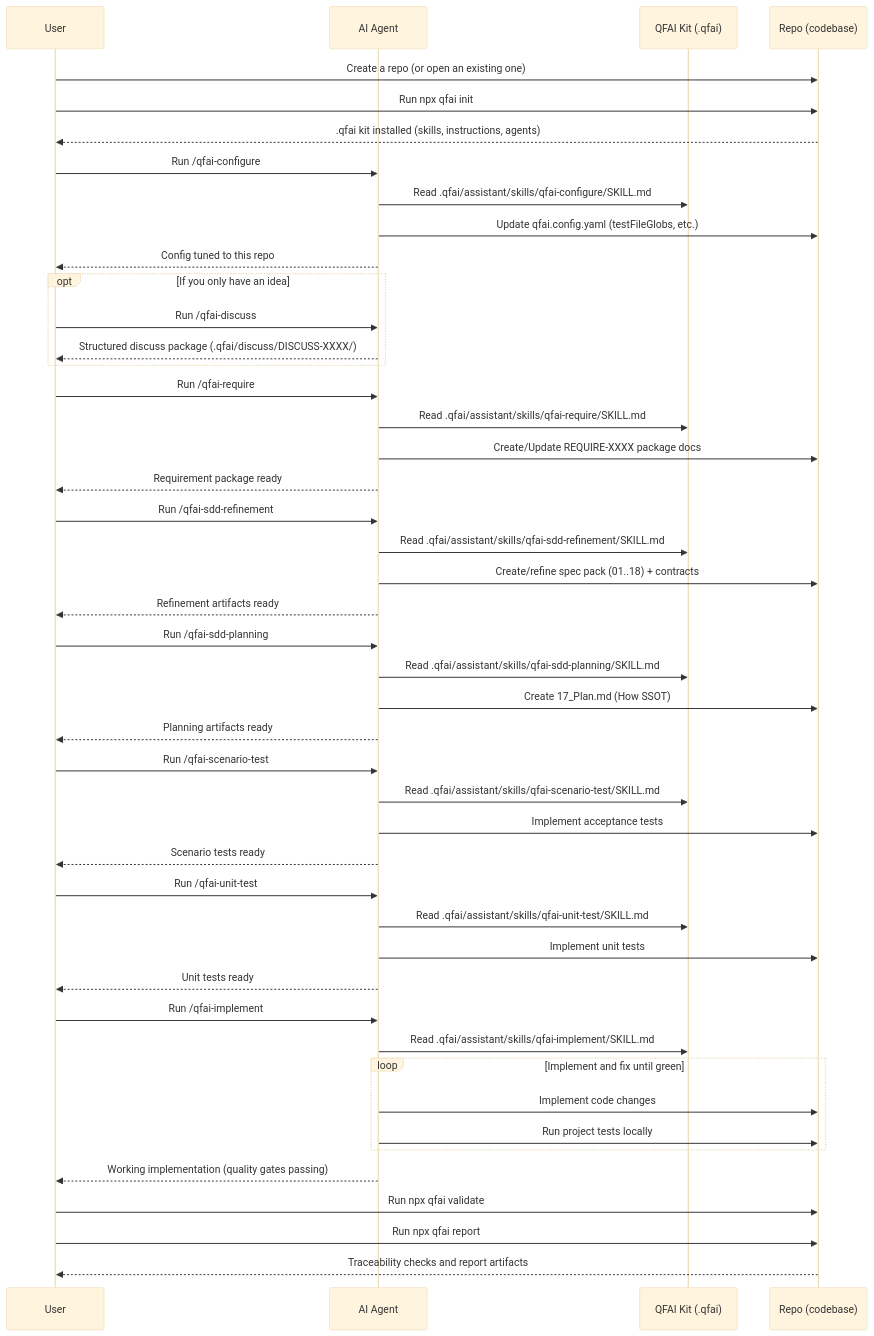
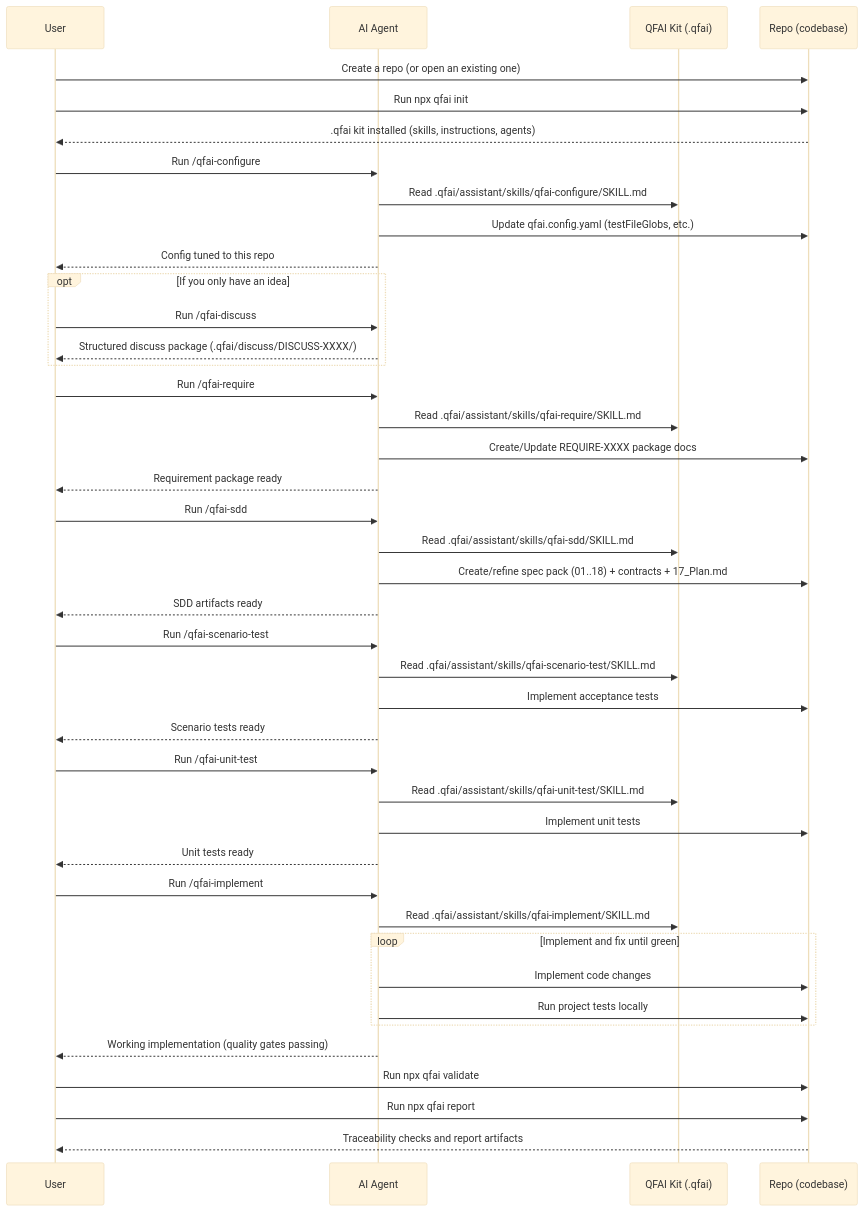
The diagram in README.md (aganesy/QFAI), drawn with Mermaid (base theme) before and after one commit. The commit also changed other lines of this file and 18 other files, not shown here.

Commit message:
docs(skills): switch all sdd guidance to qfai-sdd

````diff
--- a/README.md
+++ b/README.md
@@ -73,58 +72,53 @@
 ```mermaid
 sequenceDiagram
 participant U as User
 participant AG as AI Agent
 participant Q as QFAI Kit (.qfai)
 participant R as Repo (codebase)
 
 U->>R: Create a repo (or open an existing one)
 U->>R: Run npx qfai init
 R-->>U: .qfai kit installed (skills, instructions, agents)
 
 U->>AG: Run /qfai-configure
 AG->>Q: Read .qfai/assistant/skills/qfai-configure/SKILL.md
 AG->>R: Update qfai.config.yaml (testFileGlobs, etc.)
 AG-->>U: Config tuned to this repo
 
 opt If you only have an idea
 U->>AG: Run /qfai-discuss
 AG-->>U: Structured discuss package (.qfai/discuss/DISCUSS-XXXX/)
 end
 
 U->>AG: Run /qfai-require
 AG->>Q: Read .qfai/assistant/skills/qfai-require/SKILL.md
 AG->>R: Create/Update REQUIRE-XXXX package docs
 AG-->>U: Requirement package ready
 
-U->>AG: Run /qfai-sdd-refinement
-AG->>Q: Read .qfai/assistant/skills/qfai-sdd-refinement/SKILL.md
-AG->>R: Create/refine spec pack (01..18) + contracts
-AG-->>U: Refinement artifacts ready
-
-U->>AG: Run /qfai-sdd-planning
-AG->>Q: Read .qfai/assistant/skills/qfai-sdd-planning/SKILL.md
-AG->>R: Create 17_Plan.md (How SSOT)
-AG-->>U: Planning artifacts ready
+U->>AG: Run /qfai-sdd
+AG->>Q: Read .qfai/assistant/skills/qfai-sdd/SKILL.md
+AG->>R: Create/refine spec pack (01..18) + contracts + 17_Plan.md
+AG-->>U: SDD artifacts ready
 
 U->>AG: Run /qfai-scenario-test
 AG->>Q: Read .qfai/assistant/skills/qfai-scenario-test/SKILL.md
 AG->>R: Implement acceptance tests
 AG-->>U: Scenario tests ready
 
 U->>AG: Run /qfai-unit-test
 AG->>Q: Read .qfai/assistant/skills/qfai-unit-test/SKILL.md
 AG->>R: Implement unit tests
 AG-->>U: Unit tests ready
 
 U->>AG: Run /qfai-implement
 AG->>Q: Read .qfai/assistant/skills/qfai-implement/SKILL.md
 loop Implement and fix until green
 AG->>R: Implement code changes
 AG->>R: Run project tests locally
 end
 AG-->>U: Working implementation (quality gates passing)
 
 U->>R: Run npx qfai validate
 U->>R: Run npx qfai report
 R-->>U: Traceability checks and report artifacts
 ```
````
